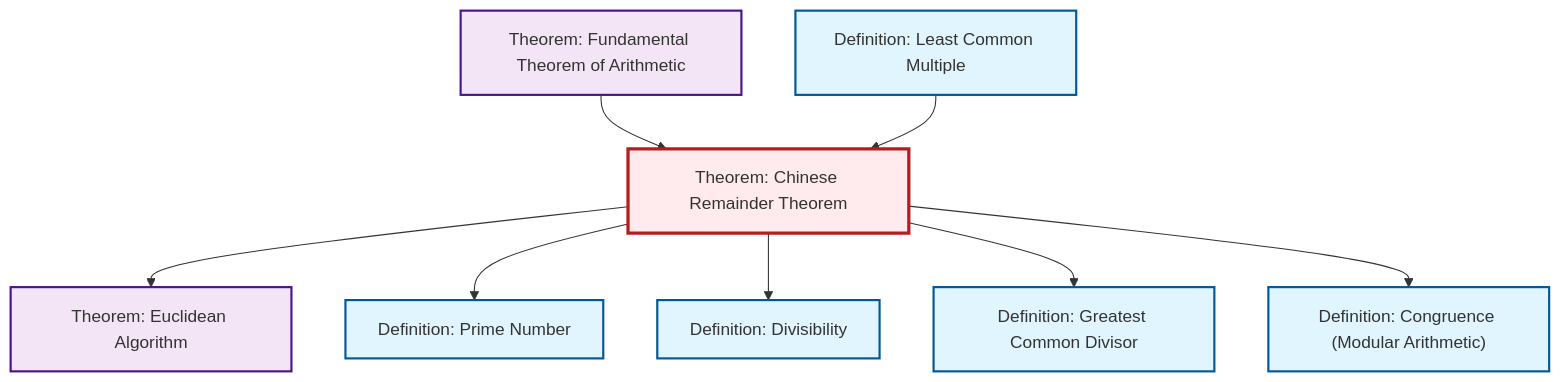
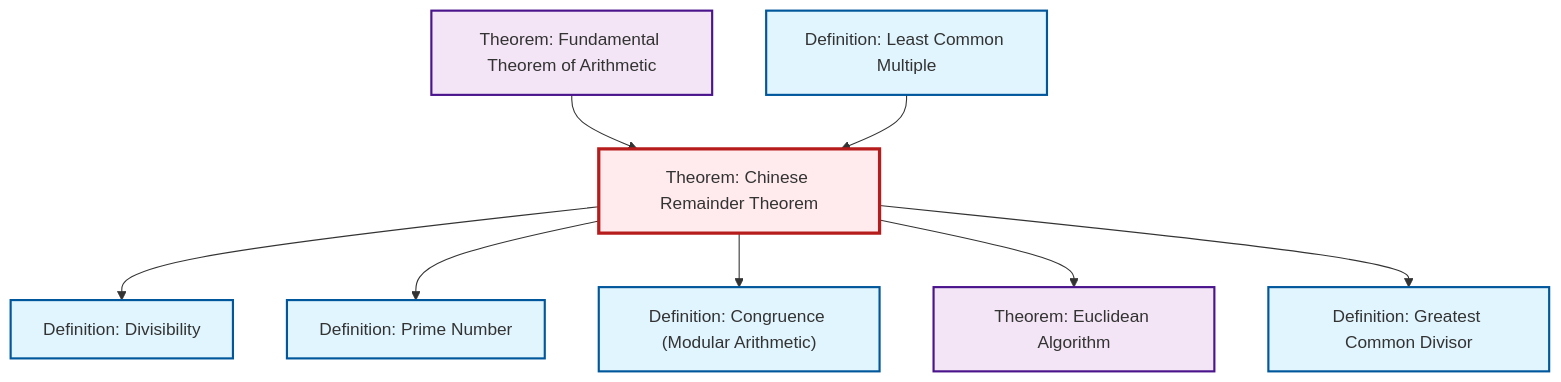
The diagram in content/en/number-theory/thm-chinese-remainder.qmd (RK0429/ModernMath), drawn with Mermaid before and after one commit. The commit also changed other lines of this file and 1069 other files, not shown here.

````diff
--- a/content/en/number-theory/thm-chinese-remainder.qmd
+++ b/content/en/number-theory/thm-chinese-remainder.qmd
@@ -88,32 +88,32 @@
 ```{mermaid}
 %%| fig-cap: "Local dependency graph"
 graph TD
     classDef definition fill:#e1f5fe,stroke:#01579b,stroke-width:2px
     classDef theorem fill:#f3e5f5,stroke:#4a148c,stroke-width:2px
     classDef axiom fill:#fff3e0,stroke:#e65100,stroke-width:2px
     classDef example fill:#e8f5e9,stroke:#1b5e20,stroke-width:2px
     classDef current fill:#ffebee,stroke:#b71c1c,stroke-width:3px
-    thm-chinese-remainder["Theorem: Chinese Remainder Theorem"]:::theorem
-    thm-euclidean-algorithm["Theorem: Euclidean Algorithm"]:::theorem
-    def-gcd["Definition: Greatest Common Divisor"]:::definition
+    def-congruence["Definition: Congruence (Modular Arithmetic)"]:::definition
     def-divisibility["Definition: Divisibility"]:::definition
     thm-fundamental-arithmetic["Theorem: Fundamental Theorem of Arithmetic"]:::theorem
+    thm-euclidean-algorithm["Theorem: Euclidean Algorithm"]:::theorem
+    thm-chinese-remainder["Theorem: Chinese Remainder Theorem"]:::theorem
+    def-gcd["Definition: Greatest Common Divisor"]:::definition
     def-lcm["Definition: Least Common Multiple"]:::definition
     def-prime["Definition: Prime Number"]:::definition
-    def-congruence["Definition: Congruence (Modular Arithmetic)"]:::definition
     thm-fundamental-arithmetic --> thm-chinese-remainder
+    thm-chinese-remainder --> def-divisibility
+    def-lcm --> thm-chinese-remainder
+    thm-chinese-remainder --> def-prime
+    thm-chinese-remainder --> def-congruence
     thm-chinese-remainder --> thm-euclidean-algorithm
-    thm-chinese-remainder --> def-prime
-    def-lcm --> thm-chinese-remainder
-    thm-chinese-remainder --> def-divisibility
     thm-chinese-remainder --> def-gcd
-    thm-chinese-remainder --> def-congruence
     class thm-chinese-remainder current
+    click def-congruence "def-congruence.html" "Go to Congruence (Modular Arithmetic) definition"
+    click def-divisibility "def-divisibility.html" "Go to Divisibility definition"
+    click thm-fundamental-arithmetic "thm-fundamental-arithmetic.html" "Go to Fundamental Theorem of Arithmetic theorem"
     click thm-euclidean-algorithm "thm-euclidean-algorithm.html" "Go to Euclidean Algorithm theorem"
     click def-gcd "def-gcd.html" "Go to Greatest Common Divisor definition"
-    click def-divisibility "def-divisibility.html" "Go to Divisibility definition"
-    click thm-fundamental-arithmetic "thm-fundamental-arithmetic.html" "Go to Fundamental Theorem of Arithmetic theorem"
     click def-lcm "def-lcm.html" "Go to Least Common Multiple definition"
     click def-prime "def-prime.html" "Go to Prime Number definition"
-    click def-congruence "def-congruence.html" "Go to Congruence (Modular Arithmetic) definition"
 ```
````
